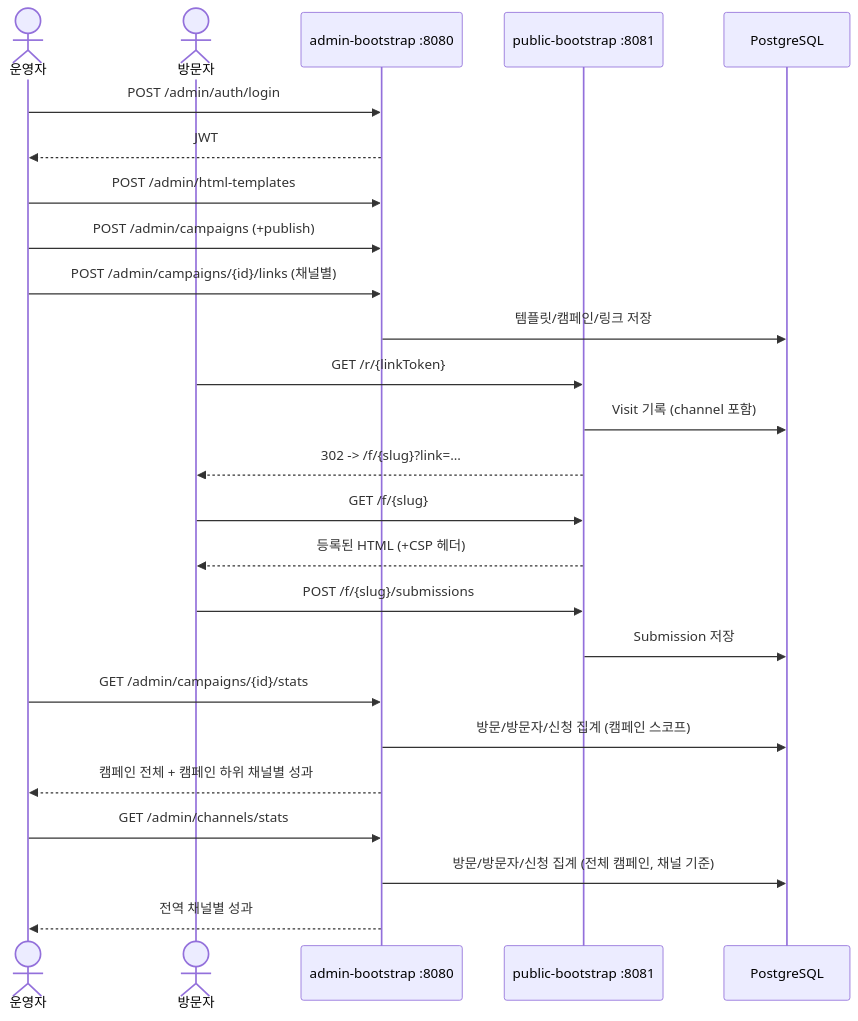
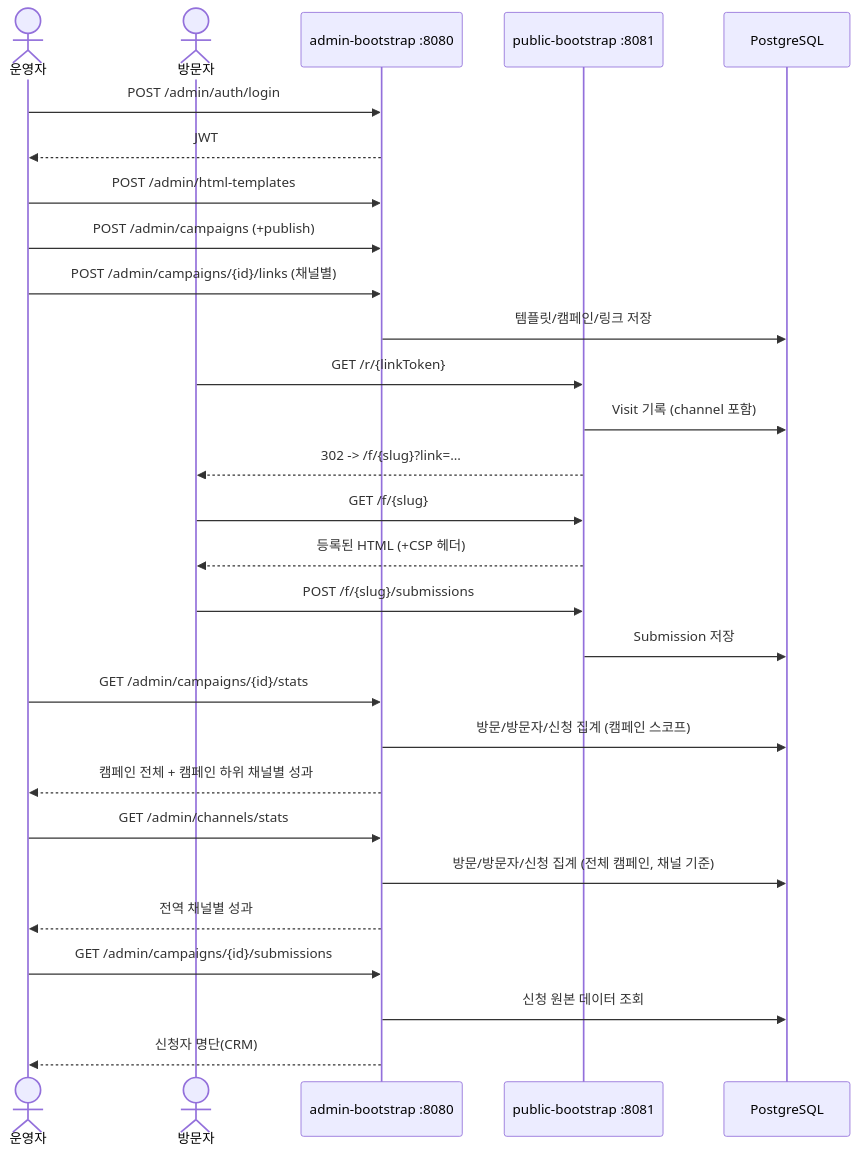
The second of 2 diagrams in docs/ARCHITECTURE.md (ssingfly32/glowuprizz-crm), drawn with Mermaid before and after one commit. The commit also changed other lines of this file and 1 other file, not shown here.

Commit message:
docs: 신청자 명단 조회 API를 API 문서/아키텍처 다이어그램에 반영
docs/api.md에 GET /admin/campaigns/{id}/submissions를 6번 섹션으로 추가하고,
뒤따르는 공개 폼 흐름 섹션 번호를 7번으로 밀었다 (배포 링크 섹션의 상호
참조도 함께 수정). ARCHITECTURE.md의 모듈 다이어그램과 요청 흐름 시퀀스
다이어그램에도 반영한다.

````diff
--- a/docs/ARCHITECTURE.md
+++ b/docs/ARCHITECTURE.md
@@ -61,31 +61,35 @@
 ```mermaid
 sequenceDiagram
     actor Operator as 운영자
     actor Visitor as 방문자
     participant Admin as admin-bootstrap :8080
     participant Public as public-bootstrap :8081
     participant DB as PostgreSQL
 
     Operator->>Admin: POST /admin/auth/login
     Admin-->>Operator: JWT
     Operator->>Admin: POST /admin/html-templates
     Operator->>Admin: POST /admin/campaigns (+publish)
     Operator->>Admin: POST /admin/campaigns/{id}/links (채널별)
     Admin->>DB: 템플릿/캠페인/링크 저장
 
     Visitor->>Public: GET /r/{linkToken}
     Public->>DB: Visit 기록 (channel 포함)
     Public-->>Visitor: 302 -> /f/{slug}?link=...
     Visitor->>Public: GET /f/{slug}
     Public-->>Visitor: 등록된 HTML (+CSP 헤더)
     Visitor->>Public: POST /f/{slug}/submissions
     Public->>DB: Submission 저장
 
     Operator->>Admin: GET /admin/campaigns/{id}/stats
     Admin->>DB: 방문/방문자/신청 집계 (캠페인 스코프)
     Admin-->>Operator: 캠페인 전체 + 캠페인 하위 채널별 성과
 
     Operator->>Admin: GET /admin/channels/stats
     Admin->>DB: 방문/방문자/신청 집계 (전체 캠페인, 채널 기준)
     Admin-->>Operator: 전역 채널별 성과
+
+    Operator->>Admin: GET /admin/campaigns/{id}/submissions
+    Admin->>DB: 신청 원본 데이터 조회
+    Admin-->>Operator: 신청자 명단(CRM)
 ```
````
